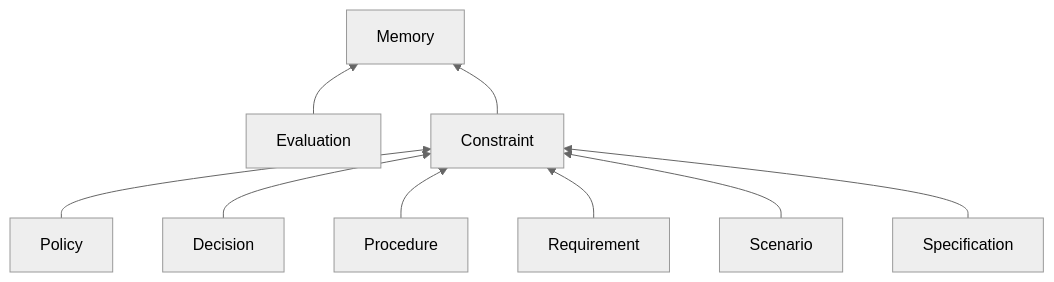
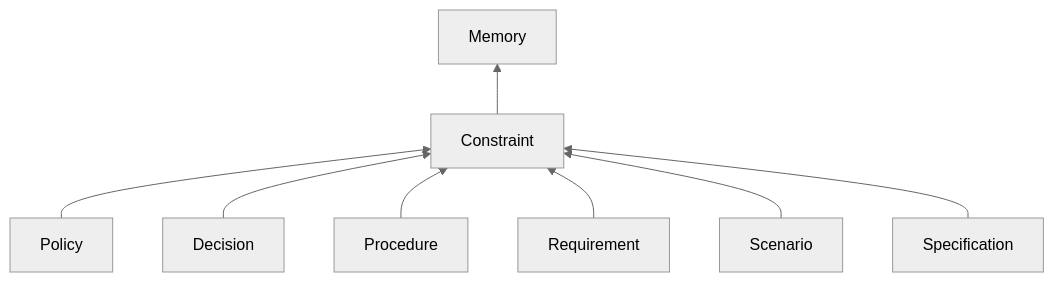
One commit to gastownhall/bdp changed the fourth of 5 diagrams in specs/types/memory/memory.md. Above: the diagram before and after it, drawn with Mermaid (neutral theme). The commit also changed other lines of this file and 4 other files, not shown here.

````diff
--- a/specs/types/memory/memory.md
+++ b/specs/types/memory/memory.md
@@ -313,11 +181,10 @@
 ```mermaid
 flowchart BT
-    Evaluation --> Memory
     Constraint --> Memory
     Policy --> Constraint
     Decision --> Constraint
     Procedure --> Constraint
     Requirement --> Constraint
     Scenario --> Constraint
     Specification --> Constraint
 ```
````
